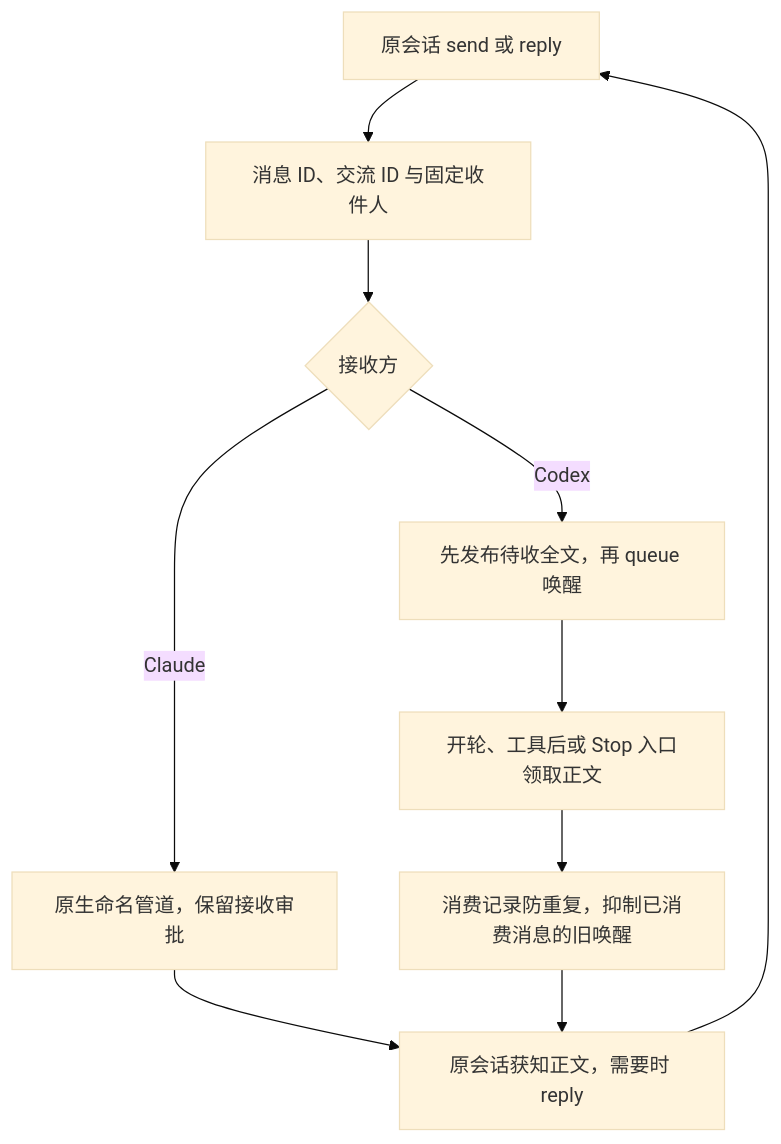
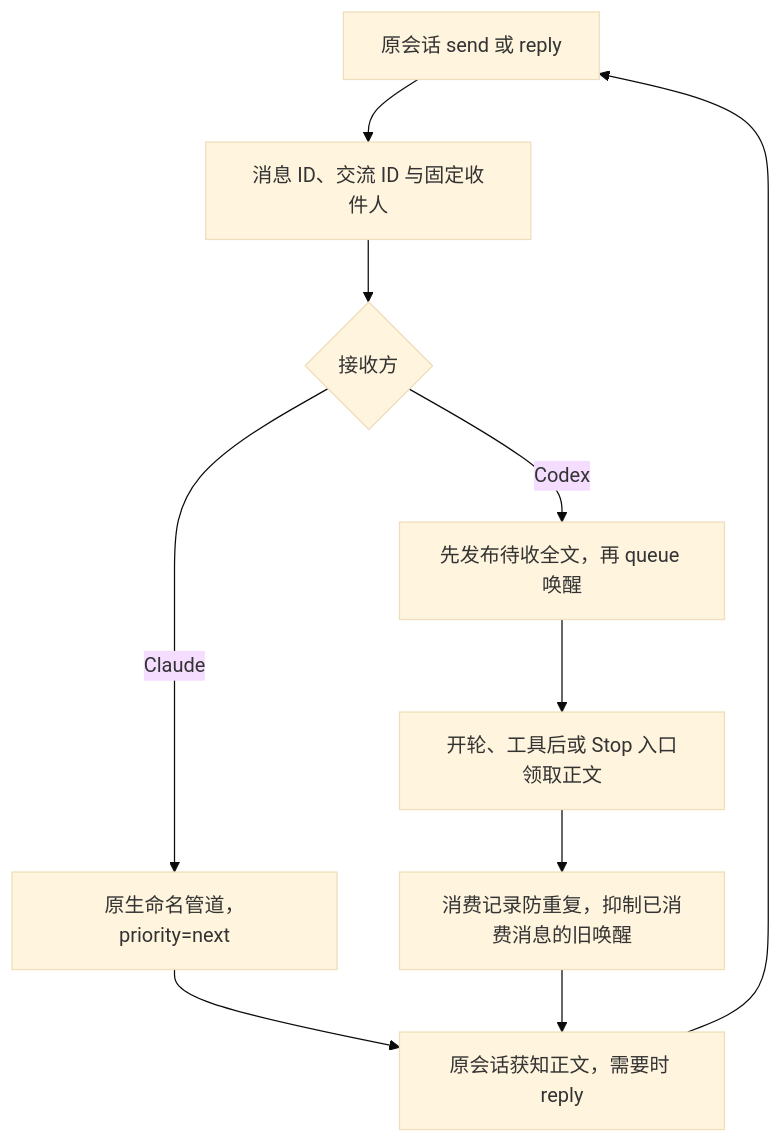
Before and after one commit to seapawn1/ClaudeToCodex: the diagram in IDEO/cross-session-agent-messaging/prototype/Bridge.md, drawn with Mermaid (base theme). The commit also changed other lines of this file and 7 other files, not shown here.

Commit message:
Close messaging target with next priority

````diff
--- a/IDEO/cross-session-agent-messaging/prototype/Bridge.md
+++ b/IDEO/cross-session-agent-messaging/prototype/Bridge.md
@@ -18,12 +18,12 @@
 ```mermaid
 flowchart TD
     A["原会话 send 或 reply"] --> B["消息 ID、交流 ID 与固定收件人"]
     B --> C{"接收方"}
-    C -->|Claude| D["原生命名管道，保留接收审批"]
+    C -->|Claude| D["原生命名管道，priority=next"]
     C -->|Codex| E["先发布待收全文，再 queue 唤醒"]
     E --> F["开轮、工具后或 Stop 入口领取正文"]
     F --> G["消费记录防重复，抑制已消费消息的旧唤醒"]
     D --> H["原会话获知正文，需要时 reply"]
     G --> H
     H --> A
 ```
````
